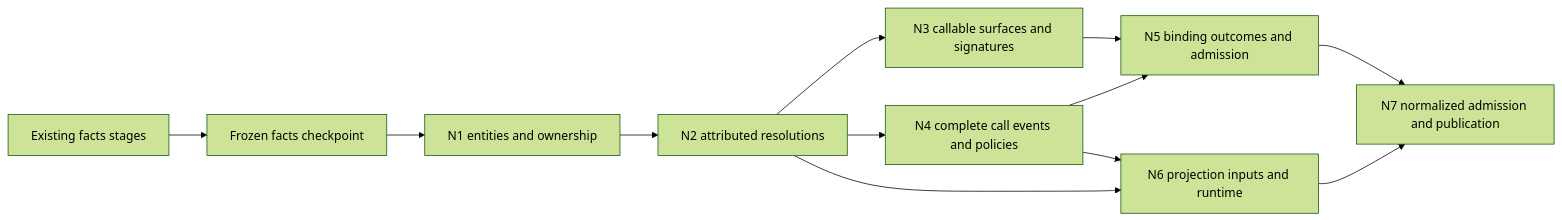
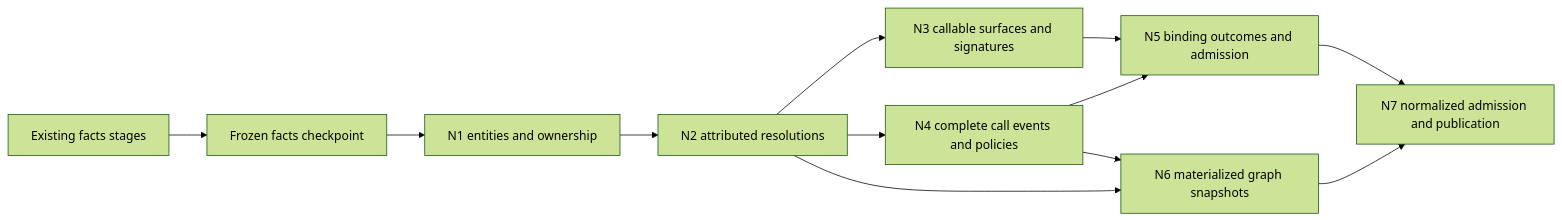
One commit to paul-heyse/library-context changed the diagram in docs/plans/semantic-model-phase3-detailed-plan_2026-09-30.md. Above: the diagram before and after it, drawn with Mermaid (forest theme). The commit also changed other lines of this file and 130 other files, not shown here.

First line of the commit message:
feat(phase3): persist normalized graphs and publish cumulative generations (ADR-0103)

````diff
--- a/docs/plans/semantic-model-phase3-detailed-plan_2026-09-30.md
+++ b/docs/plans/semantic-model-phase3-detailed-plan_2026-09-30.md
@@ -548,14 +570,14 @@
 ```mermaid
 flowchart LR
   F[Existing facts stages] --> C[Frozen facts checkpoint]
   C --> E[N1 entities and ownership]
   E --> R[N2 attributed resolutions]
   R --> S[N3 callable surfaces and signatures]
   R --> A[N4 complete call events and policies]
   S --> B[N5 binding outcomes and admission]
   A --> B
-  R --> P[N6 projection inputs and runtime]
+  R --> P[N6 materialized graph snapshots]
   A --> P
   B --> Q[N7 normalized admission and publication]
   P --> Q
 ```
````
